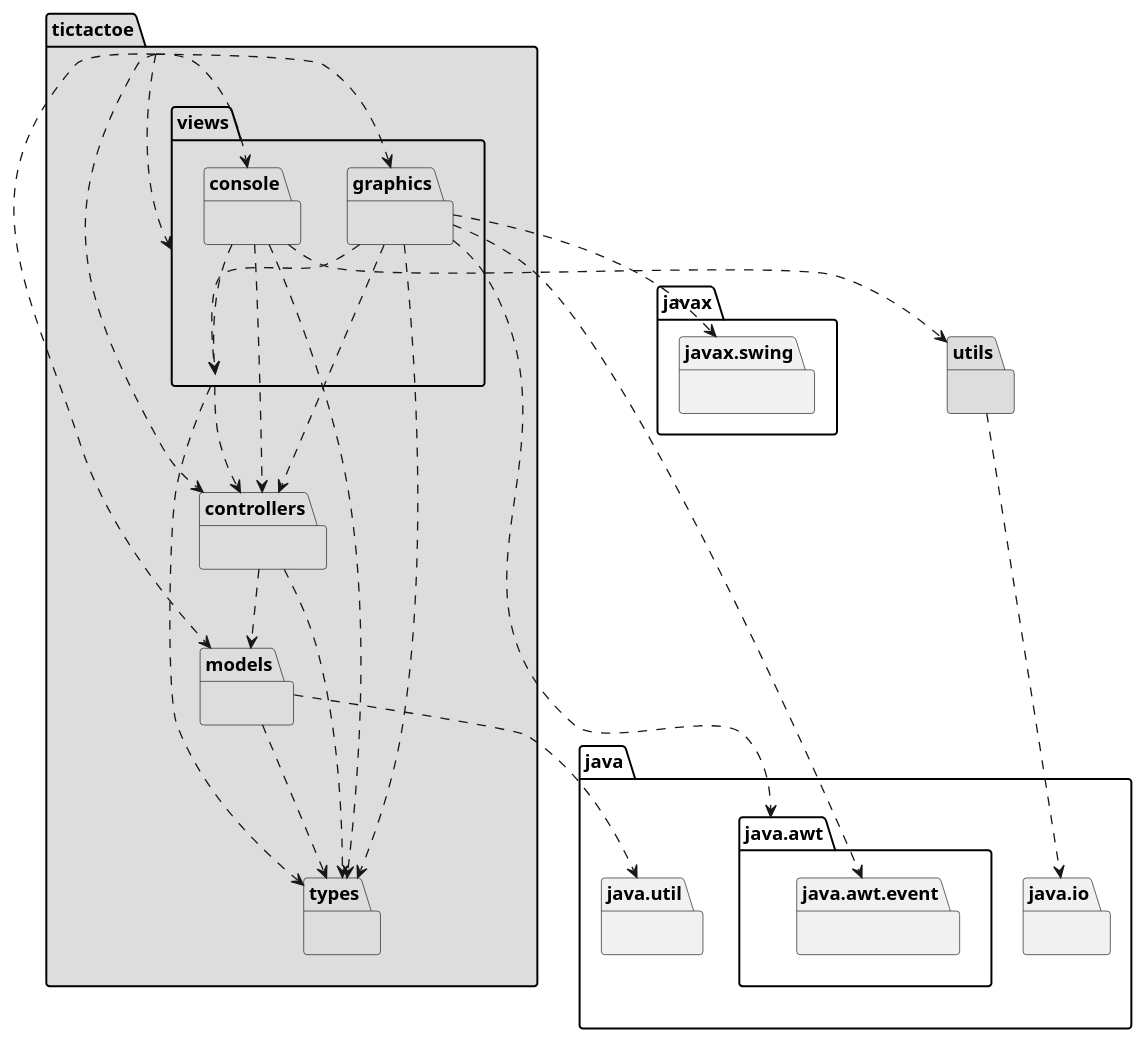
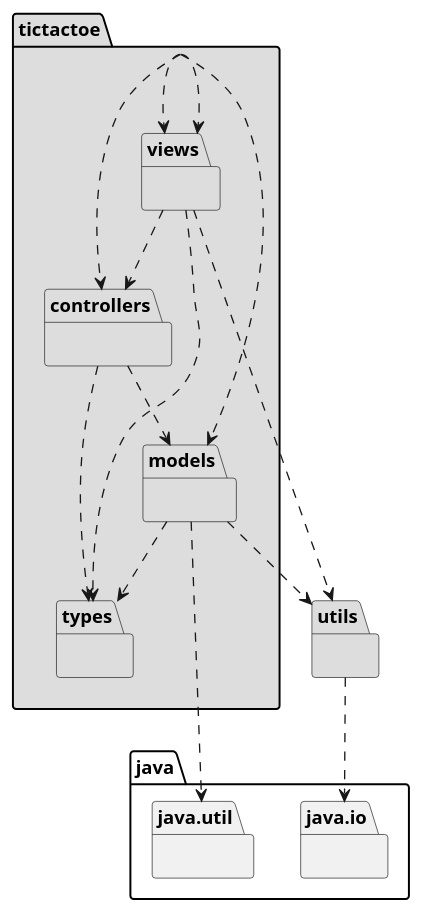
The first of 4 diagrams in docs/src/docs/asciidoc/index.adoc (x-USantaTecla-game-ticTacToe/java), drawn with PlantUML before and after one commit. The commit also changed other lines of this file and 95 other files, not shown here.

```diff
--- a/docs/src/docs/asciidoc/index.adoc
+++ b/docs/src/docs/asciidoc/index.adoc
@@ -38,46 +35,30 @@
-[plantuml,arquitecturaVersion8,svg]
+[plantuml,arquitecturaVersion9,svg]
 ....
 
 package tictactoe #DDDDDD { } 
-tictactoe .down.> tictactoe.views.graphics
+tictactoe .down.> tictactoe.views
 tictactoe .down.> tictactoe.models
-tictactoe .down.> tictactoe.views.console
 tictactoe .down.> tictactoe.controllers
 tictactoe .down.> tictactoe.views
 
 package tictactoe.controllers #DDDDDD { } 
 tictactoe.controllers .down.> tictactoe.models
 tictactoe.controllers .down.> tictactoe.types
 
 package tictactoe.models #DDDDDD { }
 package tictactoe.types #DDDDDD { }  
 package java.util{ }
 tictactoe.models .down.> java.util
+tictactoe.models .down.> utils
 tictactoe.models .down.> tictactoe.types
 
 package utils #DDDDDD { } 
 package java.io{ }
 utils .down.> java.io
 
 package tictactoe.views #DDDDDD { } 
 tictactoe.views .down.> tictactoe.controllers
 tictactoe.views .down.> tictactoe.types
-
-package tictactoe.views.console #DDDDDD { } 
-tictactoe.views.console .down.> tictactoe.views
-tictactoe.views.console .down.> tictactoe.controllers 
-tictactoe.views.console .down.> utils
-tictactoe.views.console .down.> tictactoe.types
-
-package tictactoe.views.graphics #DDDDDD { } 
-package java.awt{ }
-tictactoe.views.graphics .down.> java.awt
-package java.awt.event{ }
-tictactoe.views.graphics .down.> java.awt.event
-tictactoe.views.graphics .down.> tictactoe.views
-tictactoe.views.graphics .down.> tictactoe.controllers 
-tictactoe.views.graphics .down.> tictactoe.types
-package javax.swing{ }
-tictactoe.views.graphics .down.> javax.swing
+tictactoe.views .down.> utils
 
 ....
```
